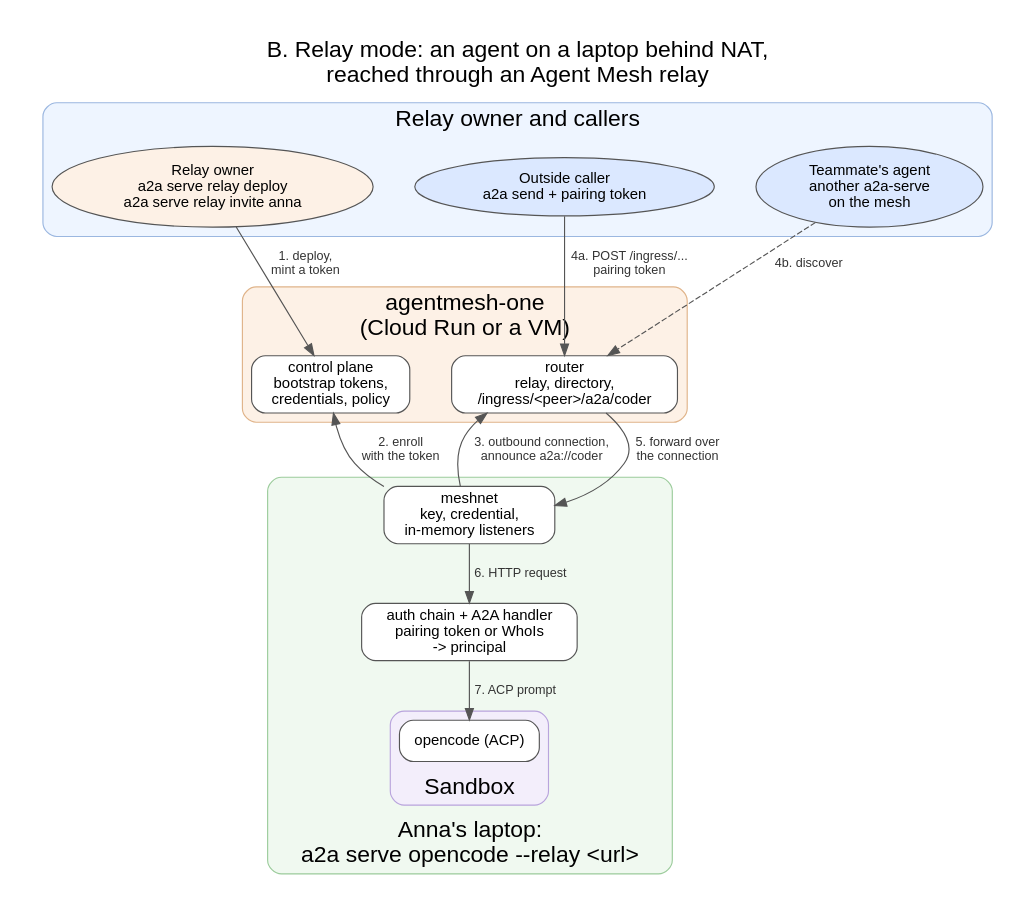
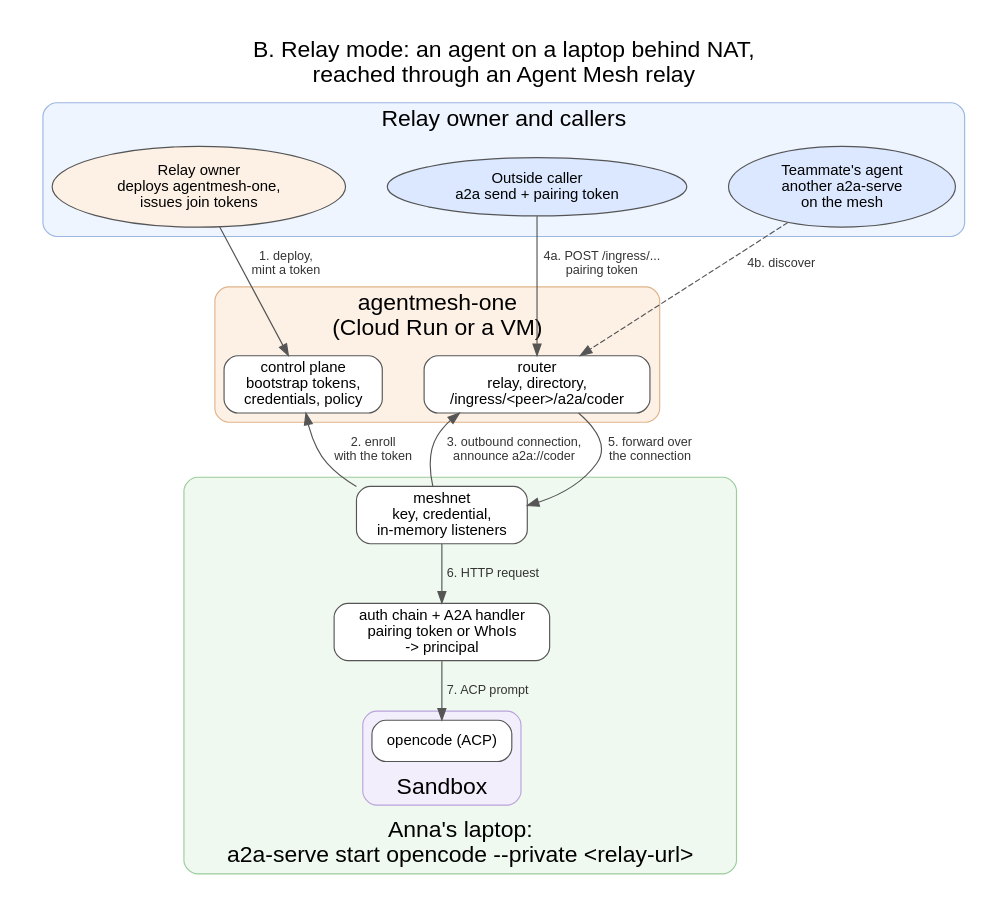
Before and after one commit to a2aproject/a2a-serve: the diagram in docs/graphs/agentmesh-relay.dot, drawn with Graphviz. The commit also changed 190 other files, not shown here.

```diff
--- a/docs/graphs/agentmesh-relay.dot
+++ b/docs/graphs/agentmesh-relay.dot
@@ -1,46 +1,46 @@
 // B. Relay mode: how an agent on a laptop behind NAT joins an Agent Mesh relay
 // and how calls reach it. Top to bottom: setup, callers, the relay, the laptop.
 // Render: dot -Tpng -Gdpi=110 agentmesh-relay.dot -o agentmesh-relay.png
 digraph agentmesh_relay {
   rankdir=TB;
   graph [fontname="Helvetica", nodesep=0.5, ranksep=0.55, pad=0.3, newrank=true,
          label="B. Relay mode: an agent on a laptop behind NAT,\nreached through an Agent Mesh relay", labelloc=t, fontsize=20];
   node  [fontname="Helvetica", fontsize=13, shape=box, style="rounded,filled", fillcolor="#ffffff", color="#555555"];
   edge  [fontname="Helvetica", fontsize=11, color="#555555", fontcolor="#333333"];
 
   subgraph cluster_callers {
     label="Relay owner and callers"; style="rounded,filled"; fillcolor="#eef5ff"; color="#9bb7e0";
     { rank=same;
-      Owner  [label="Relay owner\na2a serve relay deploy\na2a serve relay invite anna", shape=ellipse, fillcolor="#fdf1e6"];
+      Owner  [label="Relay owner\ndeploys agentmesh-one,\nissues join tokens", shape=ellipse, fillcolor="#fdf1e6"];
       Caller [label="Outside caller\na2a send + pairing token", shape=ellipse, fillcolor="#dbe8ff"];
       Peer   [label="Teammate's agent\nanother a2a-serve\non the mesh", shape=ellipse, fillcolor="#dbe8ff"];
     }
   }
 
   subgraph cluster_hub {
     label="agentmesh-one\n(Cloud Run or a VM)"; style="rounded,filled"; fillcolor="#fdf1e6"; color="#e0b48a";
     { rank=same;
       CP     [label="control plane\nbootstrap tokens,\ncredentials, policy"];
       Router [label="router\nrelay, directory,\n/ingress/<peer>/a2a/coder"];
     }
   }
 
   subgraph cluster_laptop {
-    label="Anna's laptop:\na2a serve opencode --relay <url>"; labelloc=b; style="rounded,filled"; fillcolor="#f0f9f0"; color="#9ccc9c";
+    label="Anna's laptop:\na2a-serve start opencode --private <relay-url>"; labelloc=b; style="rounded,filled"; fillcolor="#f0f9f0"; color="#9ccc9c";
     Mesh [label="meshnet\nkey, credential,\nin-memory listeners"];
     Core [label="auth chain + A2A handler\npairing token or WhoIs\n-> principal"];
     subgraph cluster_sb {
       label="Sandbox"; style="rounded,filled"; fillcolor="#f3eefb"; color="#b9a4dd";
       Harness [label="opencode (ACP)"];
     }
   }
 
   Owner -> CP [label="1. deploy,\nmint a token"];
   CP -> Mesh [dir=back, label="2. enroll\nwith the token"];
   Router -> Mesh [dir=back, label="3. outbound connection,\nannounce a2a://coder"];
   Caller -> Router [label="4a. POST /ingress/...\npairing token"];
   Peer -> Router [label="4b. discover", style=dashed];
   Router -> Mesh [label="5. forward over\nthe connection"];
   Mesh -> Core [label="6. HTTP request"];
   Core -> Harness [label="7. ACP prompt"];
 }
```
